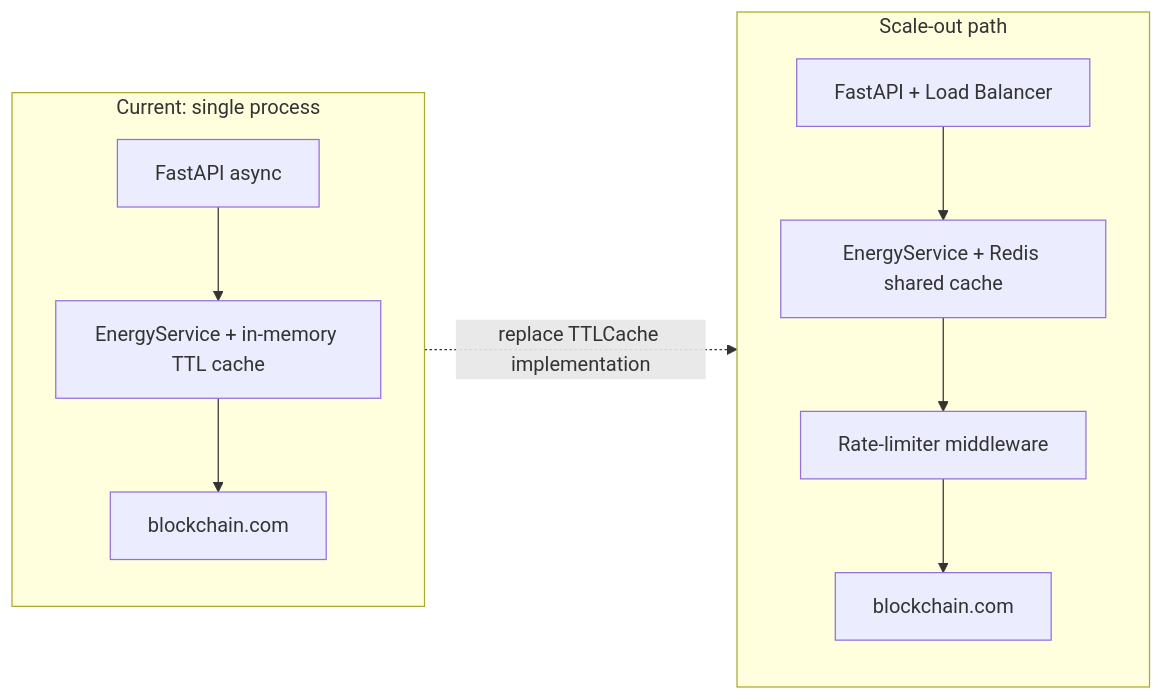
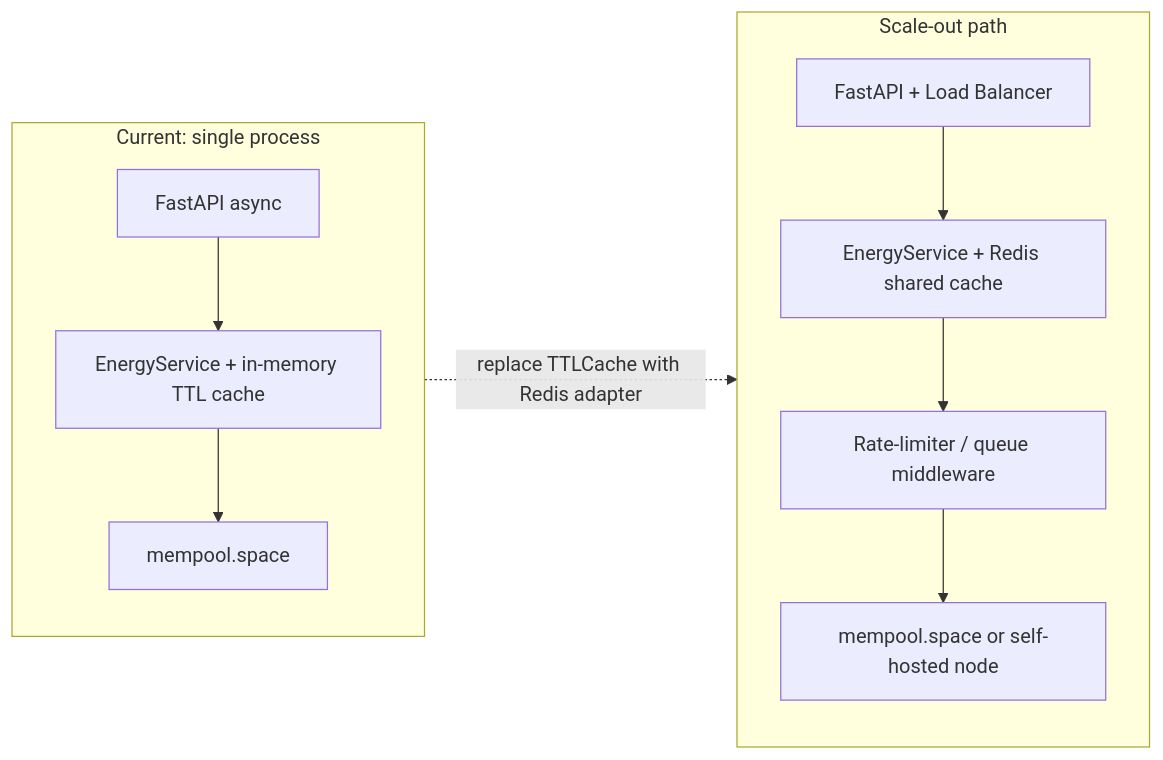
Before and after one commit to burakcetindev/sensorfact: the third of 3 diagrams in docs/architecture.md, drawn with Mermaid. The commit also changed other lines of this file and 23 other files, not shown here.

````diff
--- a/docs/architecture.md
+++ b/docs/architecture.md
@@ -129,13 +170,13 @@
 ```mermaid
 flowchart LR
     subgraph Now["Current: single process"]
         A[FastAPI async] --> B[EnergyService + in-memory TTL cache]
-        B --> C[blockchain.com]
+        B --> C[mempool.space]
     end
     subgraph Next["Scale-out path"]
         D[FastAPI + Load Balancer] --> E[EnergyService + Redis shared cache]
-        E --> F[Rate-limiter middleware]
-        F --> G[blockchain.com]
+        E --> F[Rate-limiter / queue middleware]
+        F --> G[mempool.space or self-hosted node]
     end
-    Now -.->|replace TTLCache implementation| Next
+    Now -.->|replace TTLCache with Redis adapter| Next
 ```
````
